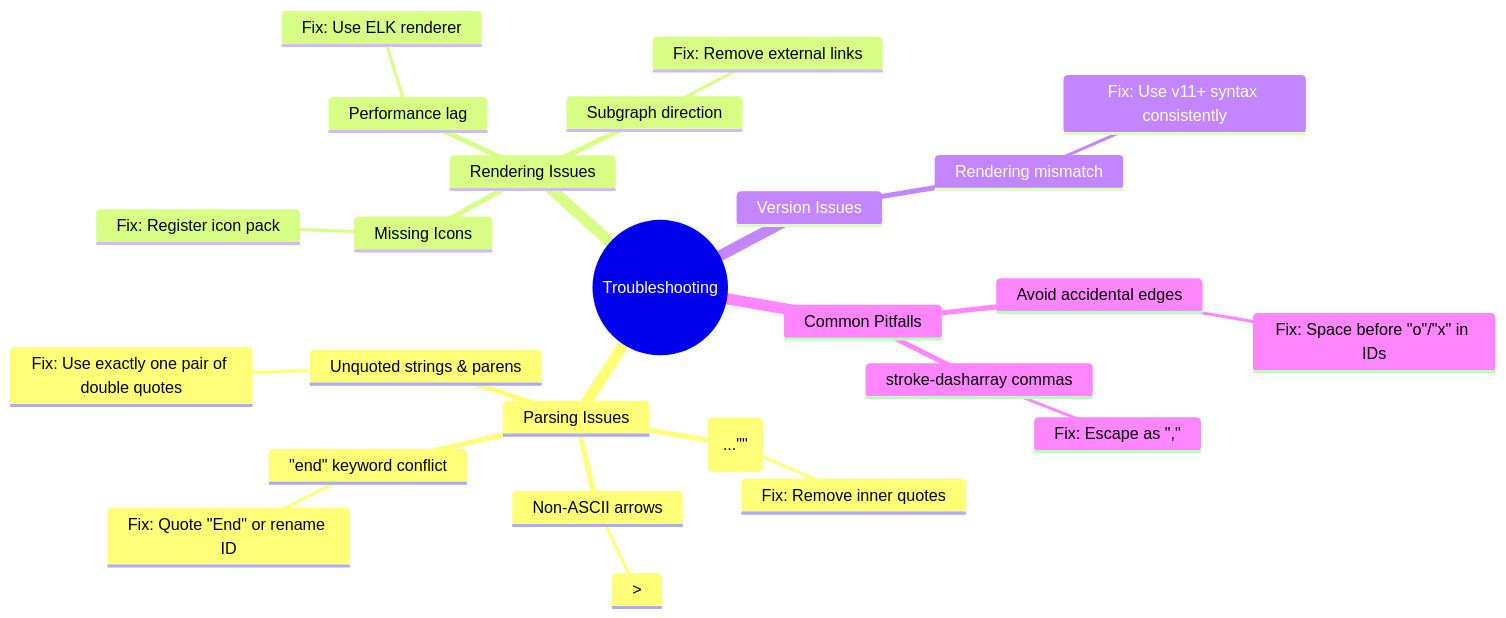
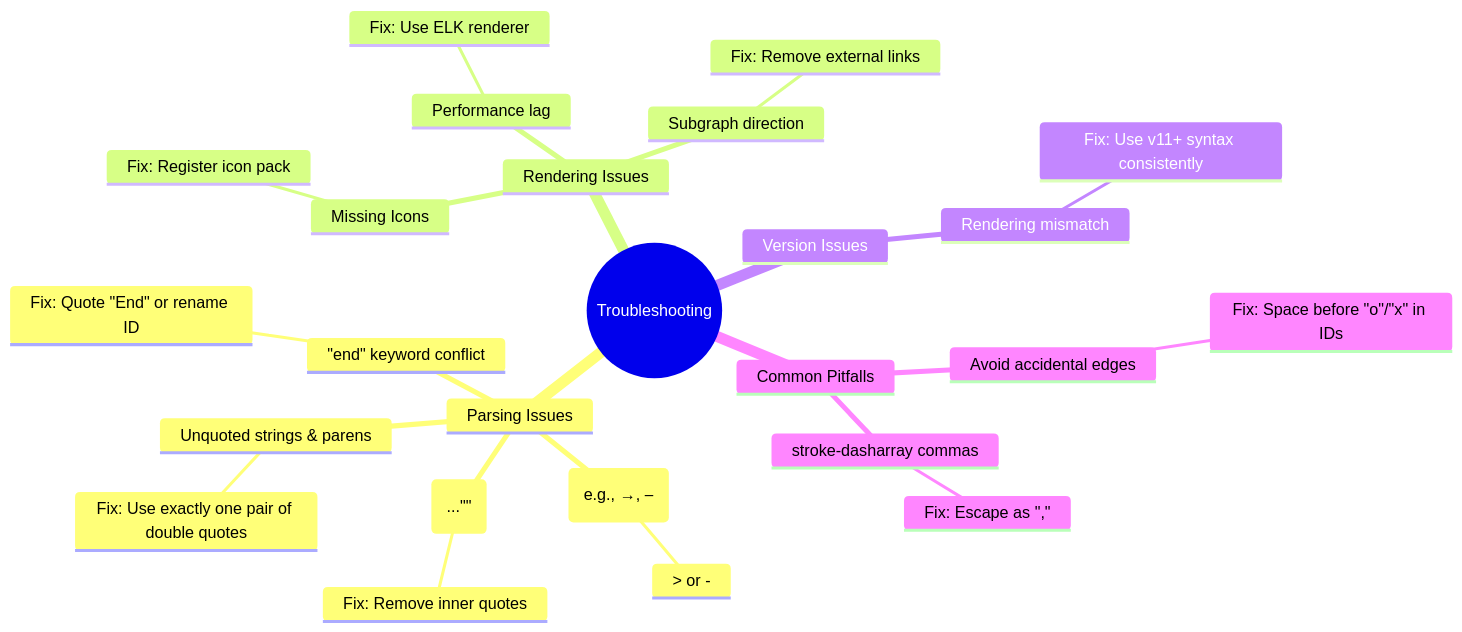
Diagram 22 of 22 in mermaid/SKILL.md (Cogni-AI-OU/cogni-ai-agent-skills), drawn with Mermaid before and after one commit. The commit also changed other lines of this file, not shown here.

Commit message:
Clarified non-ASCII examples in mermaid.

````diff
--- a/mermaid/SKILL.md
+++ b/mermaid/SKILL.md
@@ -693,39 +693,39 @@
 ```mermaid
 mindmap
   root((Troubleshooting))
     %% Keep items in alphabetical order within branches
     Parsing Issues
       "end" keyword conflict
         ::icon(fa fa-exclamation-triangle)
         Fix: Quote "End" or rename ID
       Double double-quotes (""..."")
         ::icon(fa fa-xmark)
         Fix: Remove inner quotes
-      Non-ASCII arrows
+      Non-ASCII characters (e.g., →, –)
         ::icon(fa fa-arrow-right)
-        Fix: Use standard ASCII (->)
+        Fix: Use standard ASCII (-> or -)
       Unquoted strings & parens
         ::icon(fa fa-quote-right)
         Fix: Use exactly one pair of double quotes
     Rendering Issues
       Missing Icons
         ::icon(fa fa-font-awesome)
         Fix: Register icon pack
       Performance lag
         ::icon(fa fa-clock)
         Fix: Use ELK renderer
       Subgraph direction
         ::icon(fa fa-compress-arrows-alt)
         Fix: Remove external links
     Version Issues
       Rendering mismatch
         ::icon(fa fa-sync)
         Fix: Use v11+ syntax consistently
     Common Pitfalls
       Avoid accidental edges
         ::icon(fa fa-project-diagram)
         Fix: Space before "o"/"x" in IDs
       stroke-dasharray commas
         ::icon(fa fa-minus)
         Fix: Escape as "\,"
 ```
````
